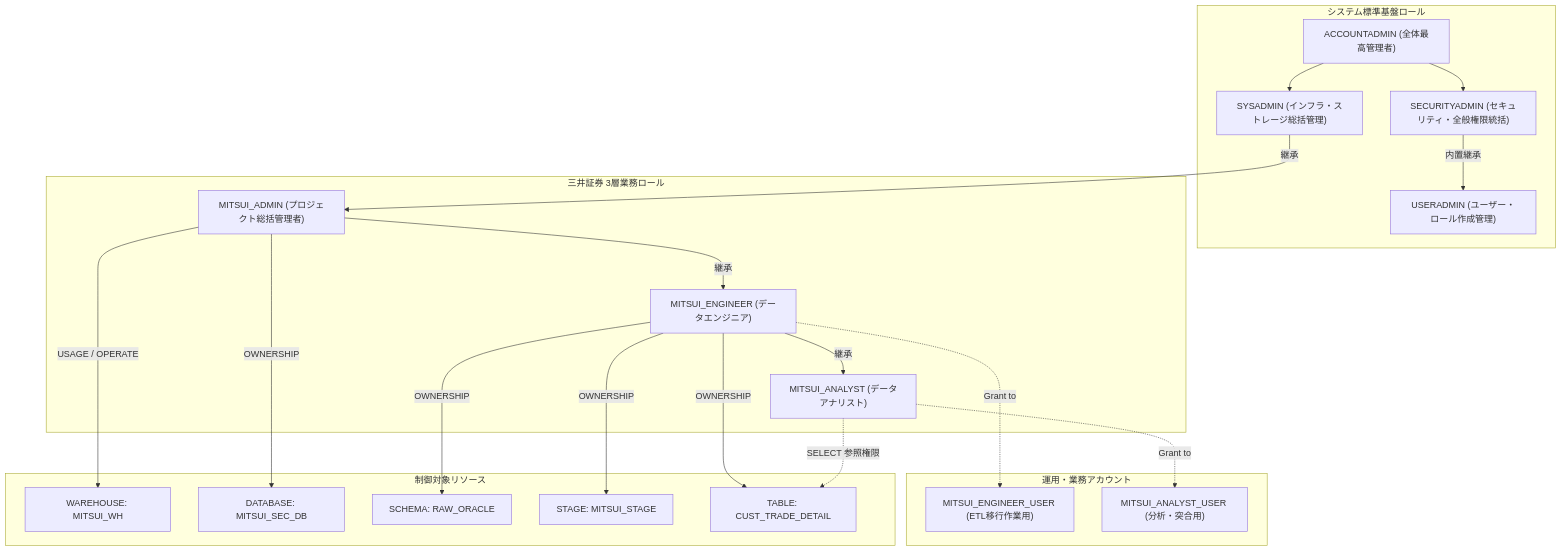
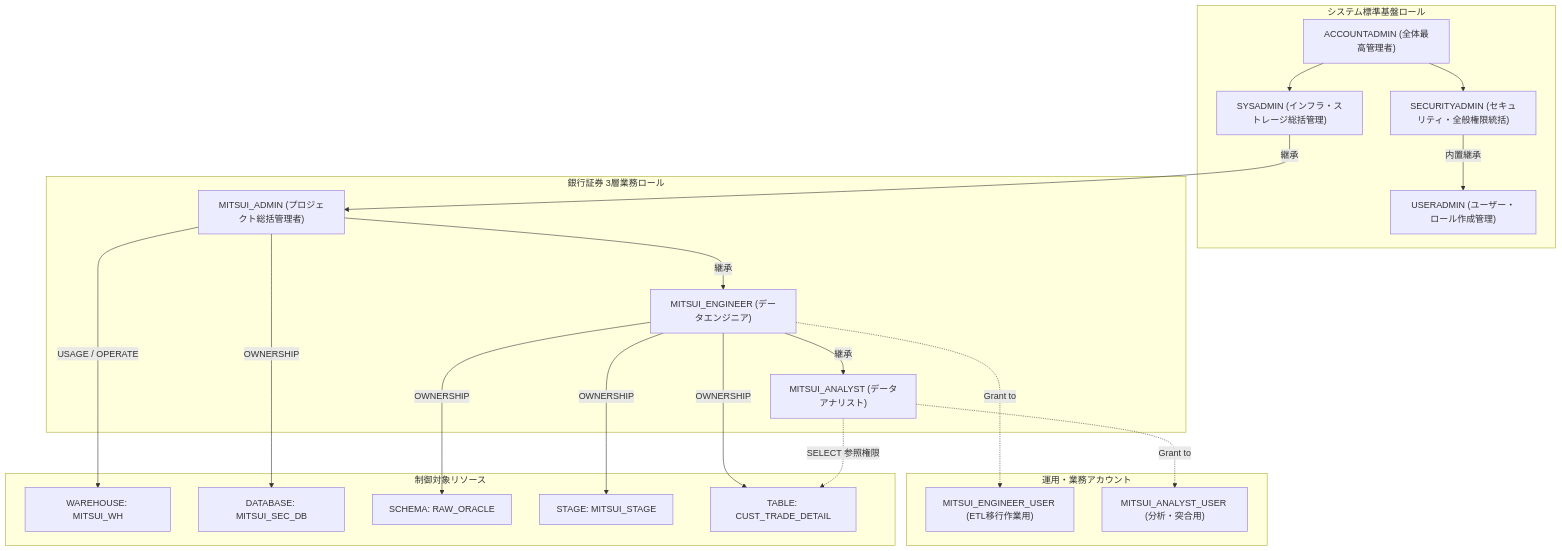
One commit to BIGMAX-RKO007/snowflakeblog changed the first of 2 diagrams in docs/ja/03_snowflake_rbac_setup.md. Above: the diagram before and after it, drawn with Mermaid. The commit also changed other lines of this file and 61 other files, not shown here.

````diff
--- a/docs/ja/03_snowflake_rbac_setup.md
+++ b/docs/ja/03_snowflake_rbac_setup.md
@@ -23,46 +23,46 @@
 ```mermaid
 graph TD
     subgraph SystemRoles ["システム標準基盤ロール"]
         ACCOUNTADMIN["ACCOUNTADMIN (全体最高管理者)"]
         SECURITYADMIN["SECURITYADMIN (セキュリティ・全般権限統括)"]
         USERADMIN["USERADMIN (ユーザー・ロール作成管理)"]
         SYSADMIN["SYSADMIN (インフラ・ストレージ総括管理)"]
         
         ACCOUNTADMIN --> SECURITYADMIN
         SECURITYADMIN -->|内置継承| USERADMIN
         ACCOUNTADMIN --> SYSADMIN
     end
 
-    subgraph CustomRoles ["三井証券 3層業務ロール"]
+    subgraph CustomRoles ["銀行証券 3層業務ロール"]
         ADMIN["MITSUI_ADMIN (プロジェクト総括管理者)"]
         ENG["MITSUI_ENGINEER (データエンジニア)"]
         ANA["MITSUI_ANALYST (データアナリスト)"]
 
         SYSADMIN -->|継承| ADMIN
         ADMIN -->|継承| ENG
         ENG -->|継承| ANA
     end
 
     subgraph Users ["運用・業務アカウント"]
         U_ENG["MITSUI_ENGINEER_USER (ETL移行作業用)"]
         U_ANA["MITSUI_ANALYST_USER (分析・突合用)"]
 
         ENG -.->|Grant to| U_ENG
         ANA -.->|Grant to| U_ANA
     end
 
     subgraph Objects ["制御対象リソース"]
         WH["WAREHOUSE: MITSUI_WH"]
         DB["DATABASE: MITSUI_SEC_DB"]
         SC["SCHEMA: RAW_ORACLE"]
         STG["STAGE: MITSUI_STAGE"]
         TBL["TABLE: CUST_TRADE_DETAIL"]
 
         ADMIN -->|USAGE / OPERATE| WH
         ADMIN -->|OWNERSHIP| DB
         ENG -->|OWNERSHIP| SC
         ENG -->|OWNERSHIP| STG
         ENG -->|OWNERSHIP| TBL
         ANA -.->|SELECT 参照権限| TBL
     end
 ```
````
